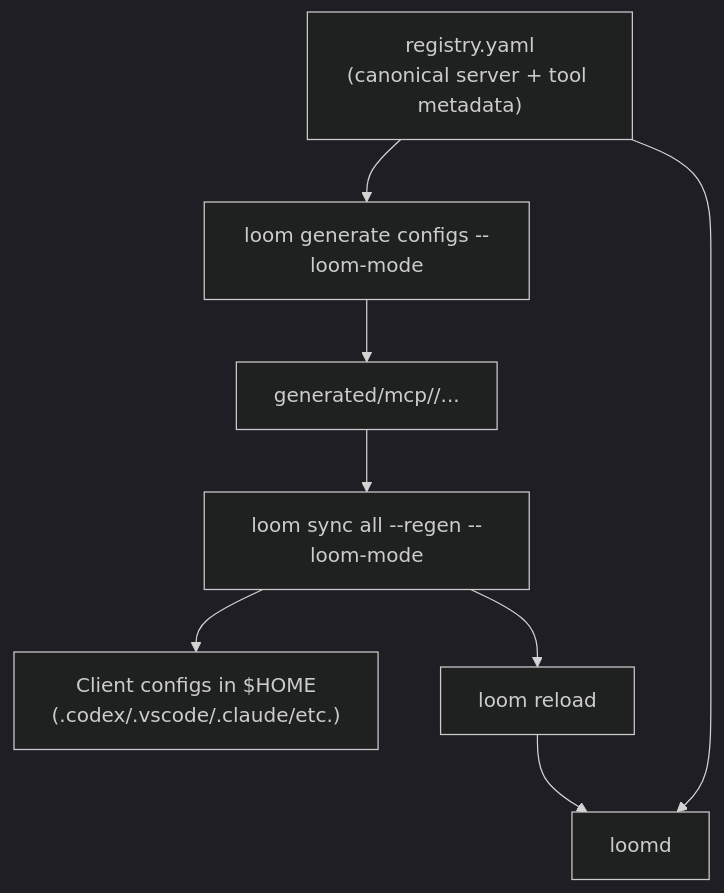
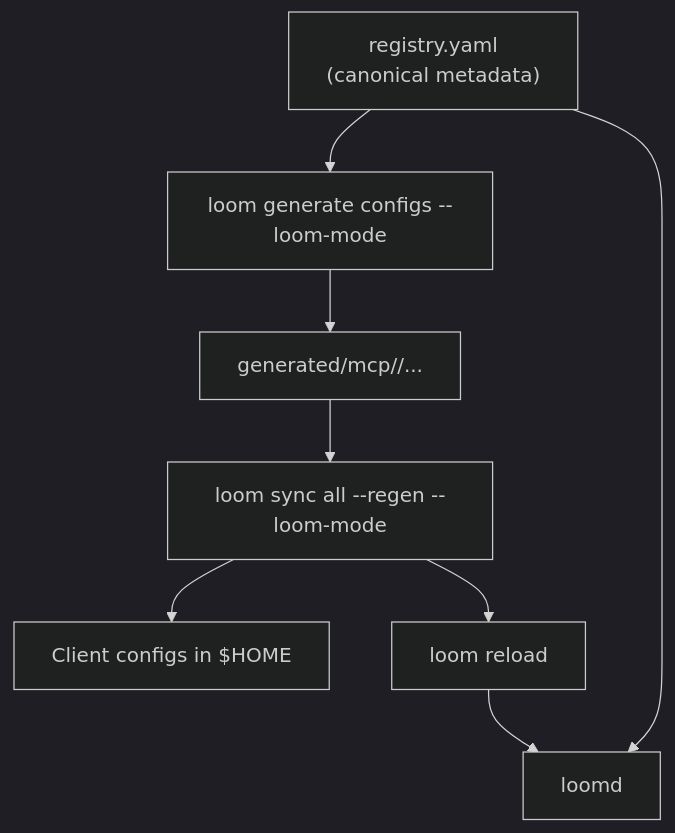
The fourth of 5 diagrams in docs/ARCHITECTURE.md (flexinfer/flexinfer), drawn with Mermaid (dark theme) before and after one commit. The commit also changed other lines of this file and 21 other files, not shown here.

````diff
--- a/docs/ARCHITECTURE.md
+++ b/docs/ARCHITECTURE.md
@@ -93,14 +115,14 @@
 ```mermaid
 flowchart TB
-  Registry["registry.yaml<br/>(canonical server + tool metadata)"]
-  Gen["loom generate configs --loom-mode"]
-  Out["generated/mcp/<profile>/..."]
+  Registry["registry.yaml\n(canonical metadata)"]
+  Generate["loom generate configs --loom-mode"]
+  Generated["generated/mcp/<profile>/..."]
   Sync["loom sync all --regen --loom-mode"]
-  Home["Client configs in $HOME<br/>(.codex/.vscode/.claude/etc.)"]
-  Daemon["loomd"]
+  Clients["Client configs in $HOME"]
+  Daemon[loomd]
   Reload["loom reload"]
 
-  Registry --> Gen --> Out --> Sync --> Home
+  Registry --> Generate --> Generated --> Sync --> Clients
   Registry --> Daemon
   Sync --> Reload --> Daemon
 ```
````
